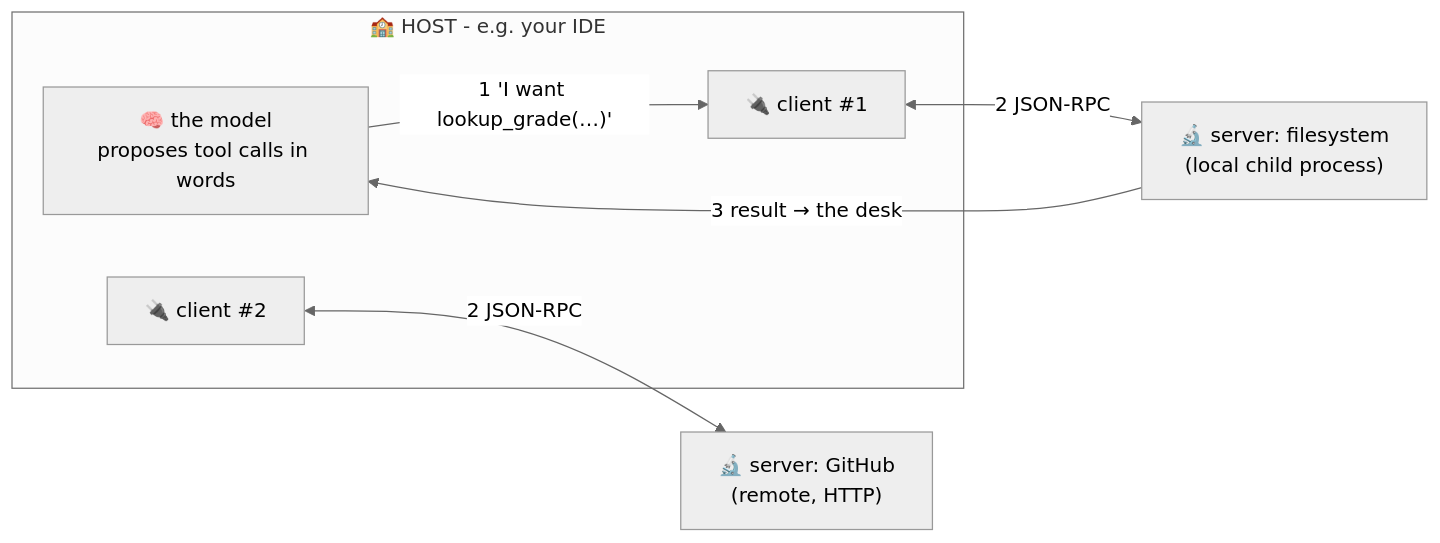
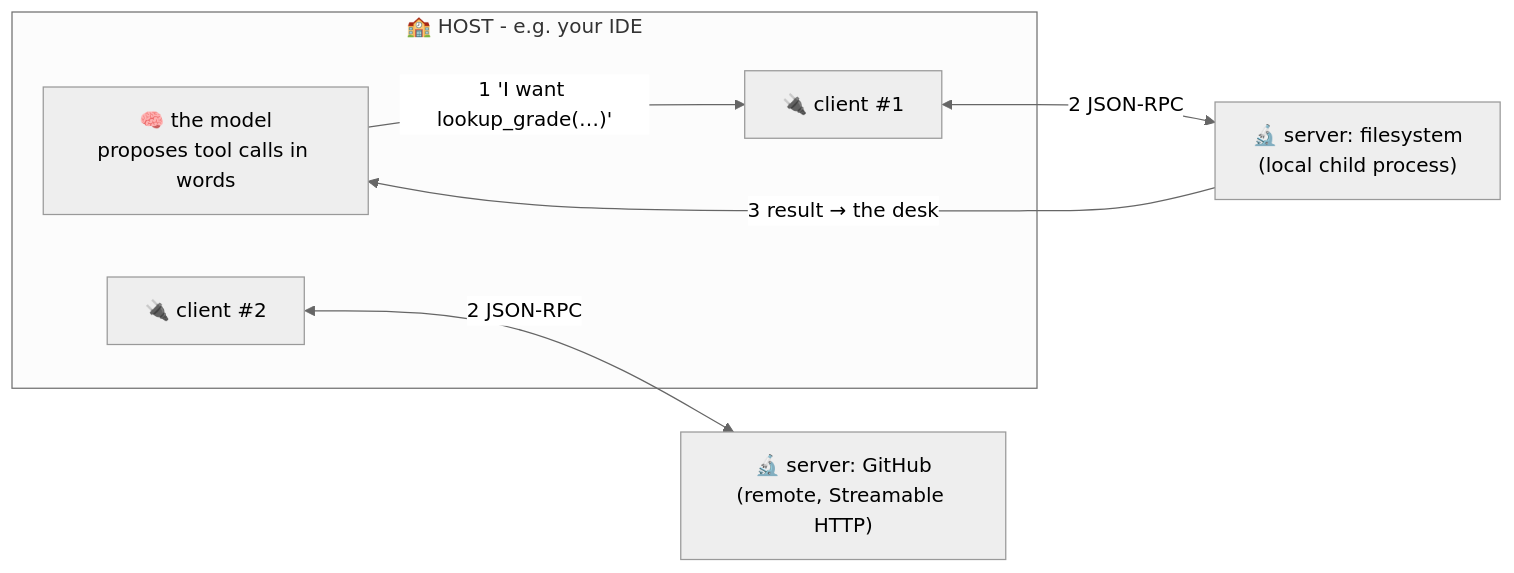
Before and after one commit to BaluRaut/learn-mcp-school: the diagram in lessons/02-architecture/README.md, drawn with Mermaid (neutral theme). The commit also changed other lines of this file and 7 other files, not shown here.

Commit message:
Protocol revision 2026-07-28: badge on every request, server/discover, no handshake; Streamable HTTP; recommended policies; local vs remote server; Verify/proved/mistakes/production; read-these-lines; drive sequences

````diff
--- a/lessons/02-architecture/README.md
+++ b/lessons/02-architecture/README.md
@@ -39,14 +49,14 @@
 ```mermaid
 flowchart LR
     subgraph host["🏫 HOST - e.g. your IDE"]
         model["🧠 the model<br/>proposes tool calls in words"]
         c1["🔌 client #1"]
         c2["🔌 client #2"]
     end
     s1["🔬 server: filesystem<br/>(local child process)"]
-    s2["🔬 server: GitHub<br/>(remote, HTTP)"]
+    s2["🔬 server: GitHub<br/>(remote, Streamable HTTP)"]
     model -->|"1 'I want lookup_grade(…)'"| c1
     c1 <-->|"2 JSON-RPC"| s1
     c2 <-->|"2 JSON-RPC"| s2
     s1 -->|"3 result → the desk"| model
 ```
````
